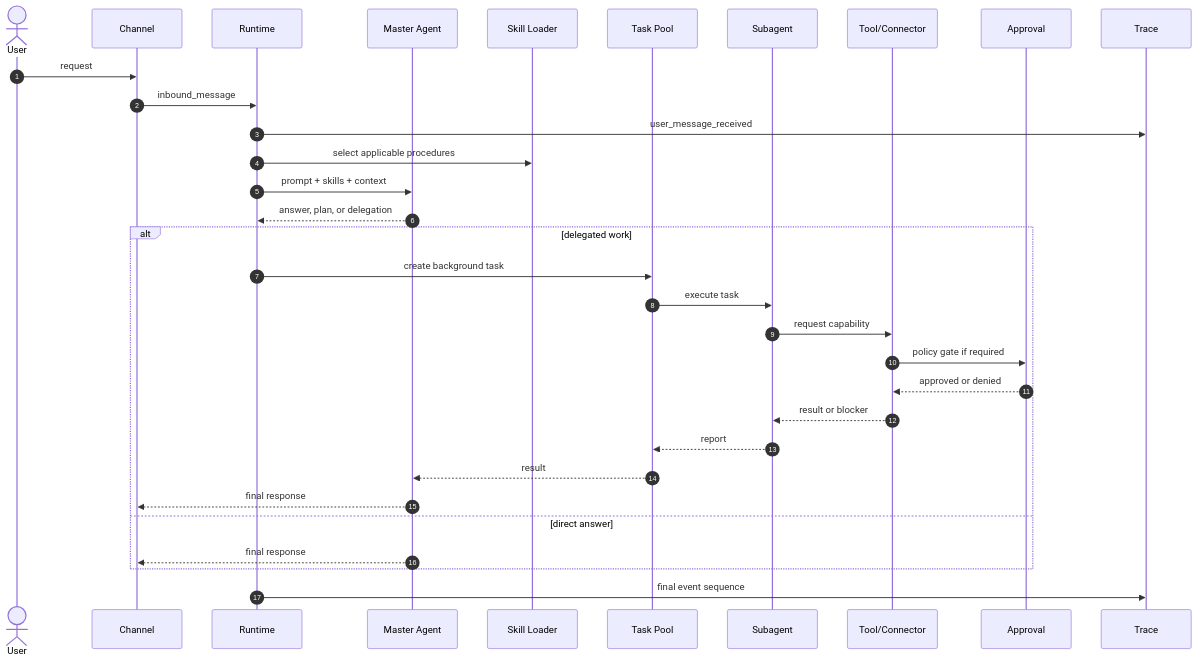
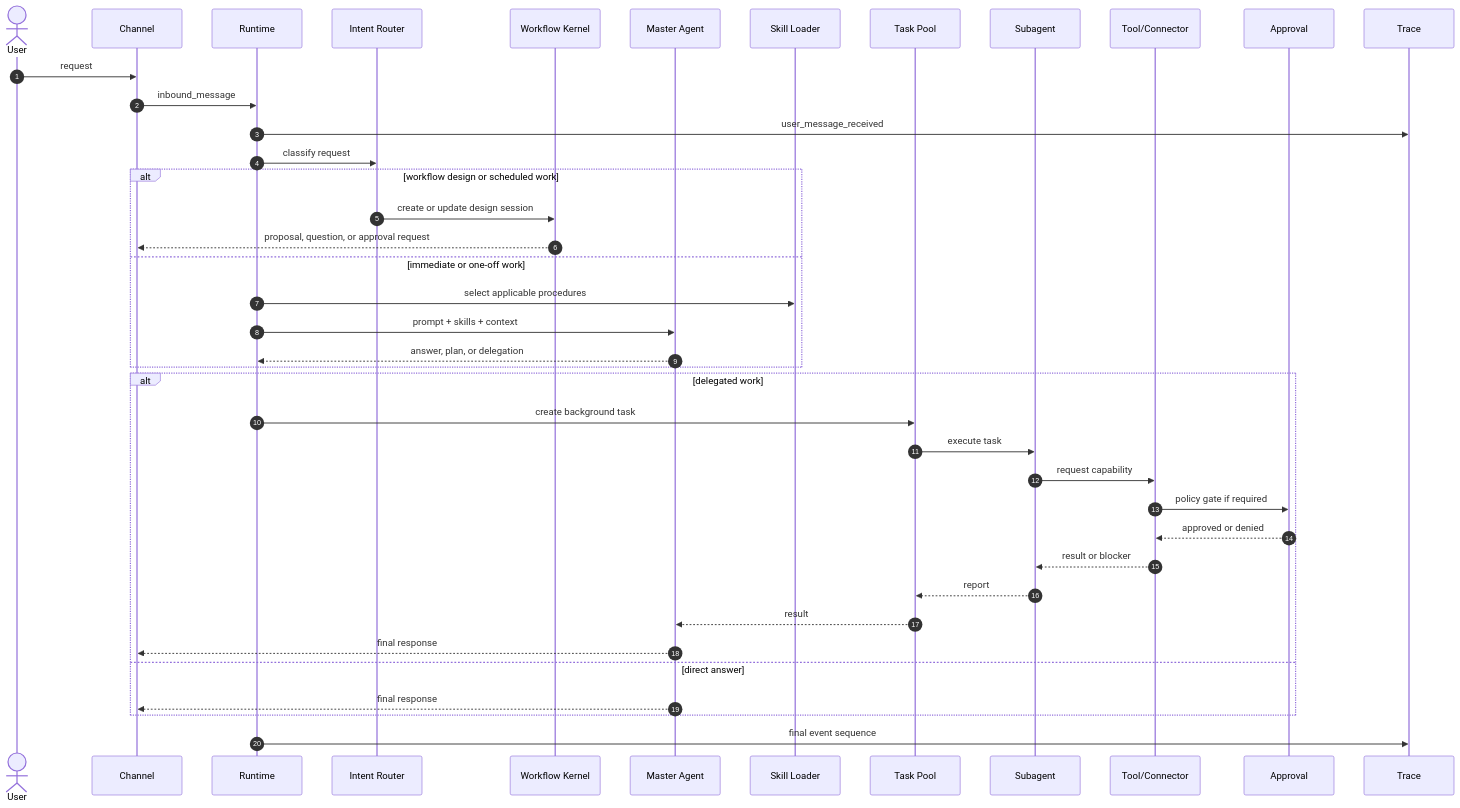
One commit to crazymi/agentic changed the third of 7 diagrams in docs/architecture.md. Above: the diagram before and after it, drawn with Mermaid. The commit also changed other lines of this file and 26 other files, not shown here.

Commit message:
Add workflow kernel UI and docs

````diff
--- a/docs/architecture.md
+++ b/docs/architecture.md
@@ -96,37 +103,46 @@
 ```mermaid
 sequenceDiagram
     autonumber
     actor User
     participant Channel as Channel
     participant Runtime as Runtime
+    participant Intent as Intent Router
+    participant Workflow as Workflow Kernel
     participant Master as Master Agent
     participant Skill as Skill Loader
     participant Task as Task Pool
     participant Sub as Subagent
     participant Tool as Tool/Connector
     participant Approval as Approval
     participant Trace as Trace
 
     User->>Channel: request
     Channel->>Runtime: inbound_message
     Runtime->>Trace: user_message_received
+    Runtime->>Intent: classify request
+
+    alt workflow design or scheduled work
+        Intent->>Workflow: create or update design session
+        Workflow-->>Channel: proposal, question, or approval request
+    else immediate or one-off work
     Runtime->>Skill: select applicable procedures
     Runtime->>Master: prompt + skills + context
     Master-->>Runtime: answer, plan, or delegation
+    end
 
     alt delegated work
         Runtime->>Task: create background task
         Task->>Sub: execute task
         Sub->>Tool: request capability
         Tool->>Approval: policy gate if required
         Approval-->>Tool: approved or denied
         Tool-->>Sub: result or blocker
         Sub-->>Task: report
         Task-->>Master: result
         Master-->>Channel: final response
     else direct answer
         Master-->>Channel: final response
     end
 
     Runtime->>Trace: final event sequence
 ```
````
